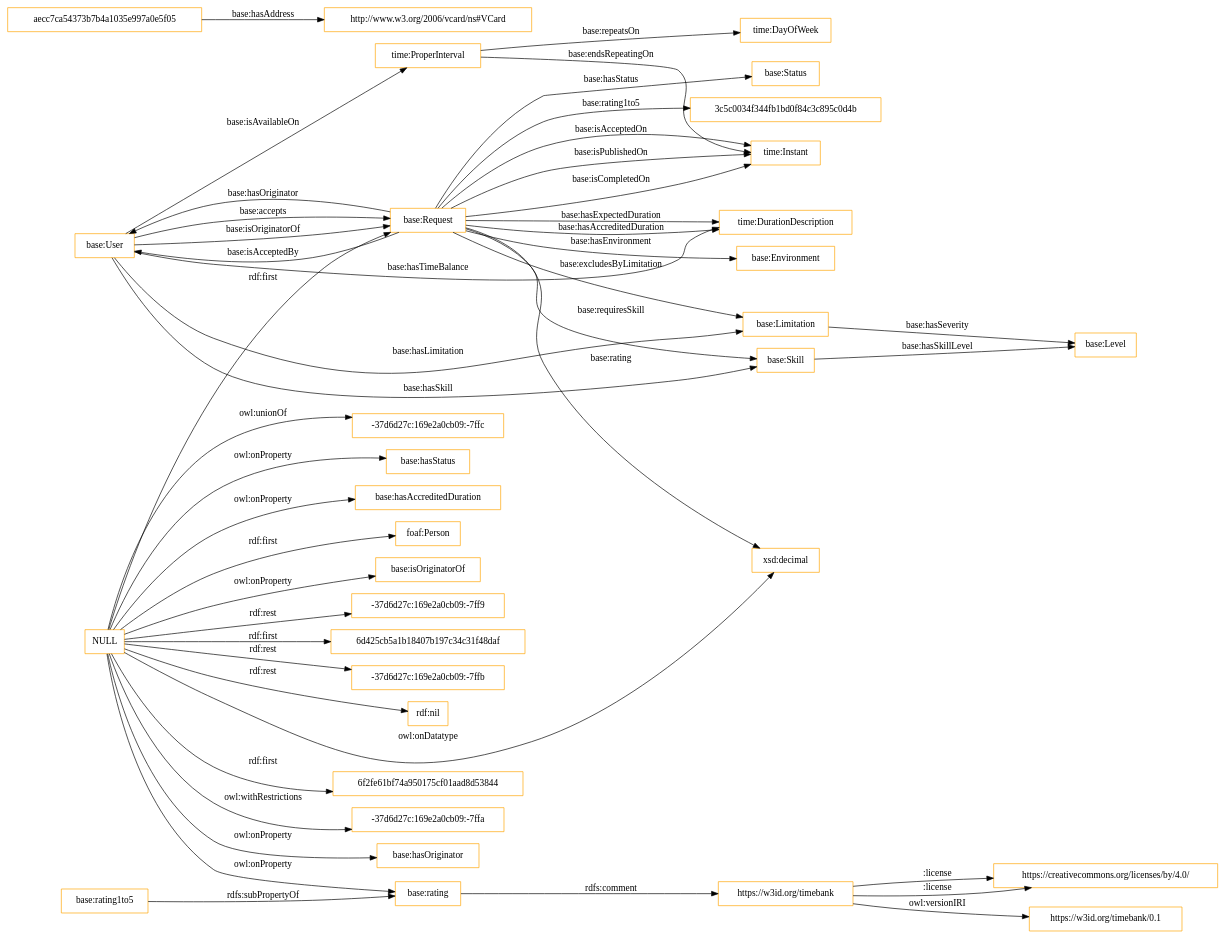
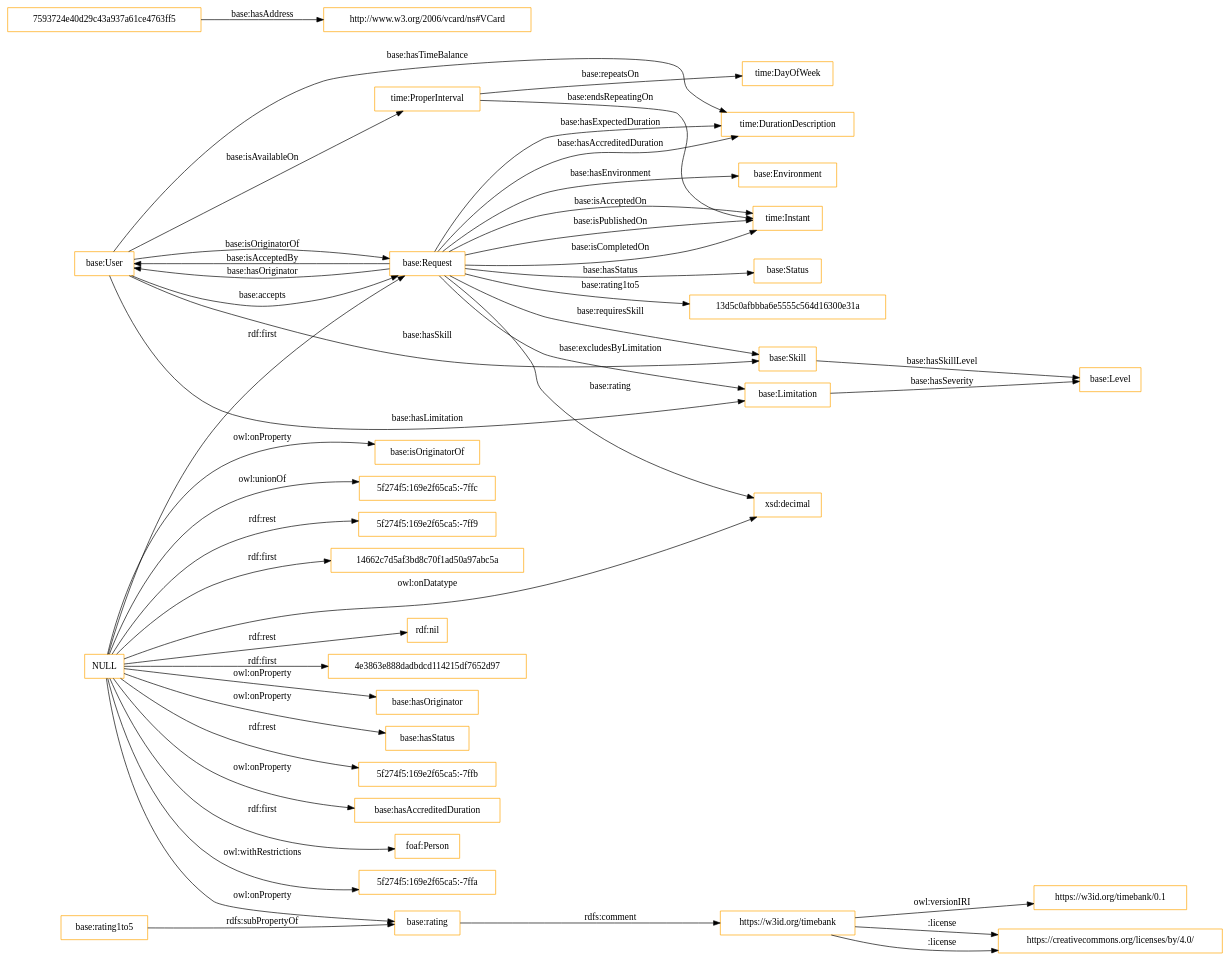
One commit to tobiasgrubenmann/Timebank changed the diagram in OnToology/timebank.owl/diagrams/ar2dtool-class/timebank.owl.png.dot. Above: the diagram before and after it, drawn with Graphviz. The commit also changed 12 other files, not shown here.

```diff
--- a/OnToology/timebank.owl/diagrams/ar2dtool-class/timebank.owl.png.dot
+++ b/OnToology/timebank.owl/diagrams/ar2dtool-class/timebank.owl.png.dot
@@ -1,50 +1,50 @@
 digraph ar2dtool_diagram { 
 rankdir=LR;
 size="1501"
-node [shape = rectangle, color="orange"]; "time:Instant" "time:DayOfWeek" "time:ProperInterval" "base:Level" "foaf:Person" "base:Limitation" "base:User" "base:Environment" "time:DurationDescription" "base:Status" "http://www.w3.org/2006/vcard/ns#VCard" "base:Request" "aecc7ca54373b7b4a1035e997a0e5f05" "base:Skill" ; /*classes style*/
+node [shape = rectangle, color="orange"]; "time:Instant" "time:DayOfWeek" "time:ProperInterval" "7593724e40d29c43a937a61ce4763ff5" "base:Level" "foaf:Person" "base:Limitation" "base:User" "base:Environment" "time:DurationDescription" "base:Status" "http://www.w3.org/2006/vcard/ns#VCard" "base:Request" "base:Skill" ; /*classes style*/
+	"NULL" -> "5f274f5:169e2f65ca5:-7ffa" [ label = "owl:withRestrictions" ];
 	"NULL" -> "base:isOriginatorOf" [ label = "owl:onProperty" ];
 	"NULL" -> "foaf:Person" [ label = "rdf:first" ];
-	"NULL" -> "-37d6d27c:169e2a0cb09:-7ff9" [ label = "rdf:rest" ];
-	"NULL" -> "6d425cb5a1b18407b197c34c31f48daf" [ label = "rdf:first" ];
-	"NULL" -> "-37d6d27c:169e2a0cb09:-7ffb" [ label = "rdf:rest" ];
+	"NULL" -> "5f274f5:169e2f65ca5:-7ffc" [ label = "owl:unionOf" ];
+	"NULL" -> "5f274f5:169e2f65ca5:-7ff9" [ label = "rdf:rest" ];
+	"NULL" -> "14662c7d5af3bd8c70f1ad50a97abc5a" [ label = "rdf:first" ];
 	"NULL" -> "rdf:nil" [ label = "rdf:rest" ];
-	"NULL" -> "6f2fe61bf74a950175cf01aad8d53844" [ label = "rdf:first" ];
-	"NULL" -> "-37d6d27c:169e2a0cb09:-7ffa" [ label = "owl:withRestrictions" ];
+	"NULL" -> "4e3863e888dadbdcd114215df7652d97" [ label = "rdf:first" ];
 	"NULL" -> "base:Request" [ label = "rdf:first" ];
 	"NULL" -> "base:hasOriginator" [ label = "owl:onProperty" ];
 	"NULL" -> "xsd:decimal" [ label = "owl:onDatatype" ];
-	"NULL" -> "-37d6d27c:169e2a0cb09:-7ffc" [ label = "owl:unionOf" ];
 	"NULL" -> "base:hasStatus" [ label = "owl:onProperty" ];
 	"NULL" -> "base:rating" [ label = "owl:onProperty" ];
+	"NULL" -> "5f274f5:169e2f65ca5:-7ffb" [ label = "rdf:rest" ];
 	"NULL" -> "base:hasAccreditedDuration" [ label = "owl:onProperty" ];
 	"base:rating" -> "https://w3id.org/timebank" [ label = "rdfs:comment" ];
 	"https://w3id.org/timebank" -> "https://creativecommons.org/licenses/by/4.0/" [ label = ":license" ];
 	"https://w3id.org/timebank" -> "https://w3id.org/timebank/0.1" [ label = "owl:versionIRI" ];
 	"https://w3id.org/timebank" -> "https://creativecommons.org/licenses/by/4.0/" [ label = ":license" ];
 	"base:rating1to5" -> "base:rating" [ label = "rdfs:subPropertyOf" ];
 	"time:ProperInterval" -> "time:Instant" [ label = "base:endsRepeatingOn" ];
 	"base:Limitation" -> "base:Level" [ label = "base:hasSeverity" ];
 	"base:Request" -> "time:Instant" [ label = "base:isPublishedOn" ];
 	"base:Request" -> "base:User" [ label = "base:isAcceptedBy" ];
 	"base:Request" -> "base:Environment" [ label = "base:hasEnvironment" ];
 	"base:Request" -> "base:Status" [ label = "base:hasStatus" ];
 	"base:Request" -> "time:Instant" [ label = "base:isCompletedOn" ];
 	"base:Request" -> "xsd:decimal" [ label = "base:rating" ];
 	"base:Request" -> "base:Limitation" [ label = "base:excludesByLimitation" ];
 	"base:User" -> "base:Skill" [ label = "base:hasSkill" ];
 	"time:ProperInterval" -> "time:DayOfWeek" [ label = "base:repeatsOn" ];
 	"base:Request" -> "time:Instant" [ label = "base:isAcceptedOn" ];
 	"base:Request" -> "time:DurationDescription" [ label = "base:hasAccreditedDuration" ];
 	"base:User" -> "base:Request" [ label = "base:accepts" ];
 	"base:User" -> "time:ProperInterval" [ label = "base:isAvailableOn" ];
 	"base:Request" -> "time:DurationDescription" [ label = "base:hasExpectedDuration" ];
 	"base:User" -> "base:Limitation" [ label = "base:hasLimitation" ];
 	"base:User" -> "time:DurationDescription" [ label = "base:hasTimeBalance" ];
 	"base:User" -> "base:Request" [ label = "base:isOriginatorOf" ];
-	"aecc7ca54373b7b4a1035e997a0e5f05" -> "http://www.w3.org/2006/vcard/ns#VCard" [ label = "base:hasAddress" ];
+	"7593724e40d29c43a937a61ce4763ff5" -> "http://www.w3.org/2006/vcard/ns#VCard" [ label = "base:hasAddress" ];
 	"base:Skill" -> "base:Level" [ label = "base:hasSkillLevel" ];
 	"base:Request" -> "base:Skill" [ label = "base:requiresSkill" ];
 	"base:Request" -> "base:User" [ label = "base:hasOriginator" ];
-	"base:Request" -> "3c5c0034f344fb1bd0f84c3c895c0d4b" [ label = "base:rating1to5" ];
+	"base:Request" -> "13d5c0afbbba6e5555c564d16300e31a" [ label = "base:rating1to5" ];
 
 }
```
